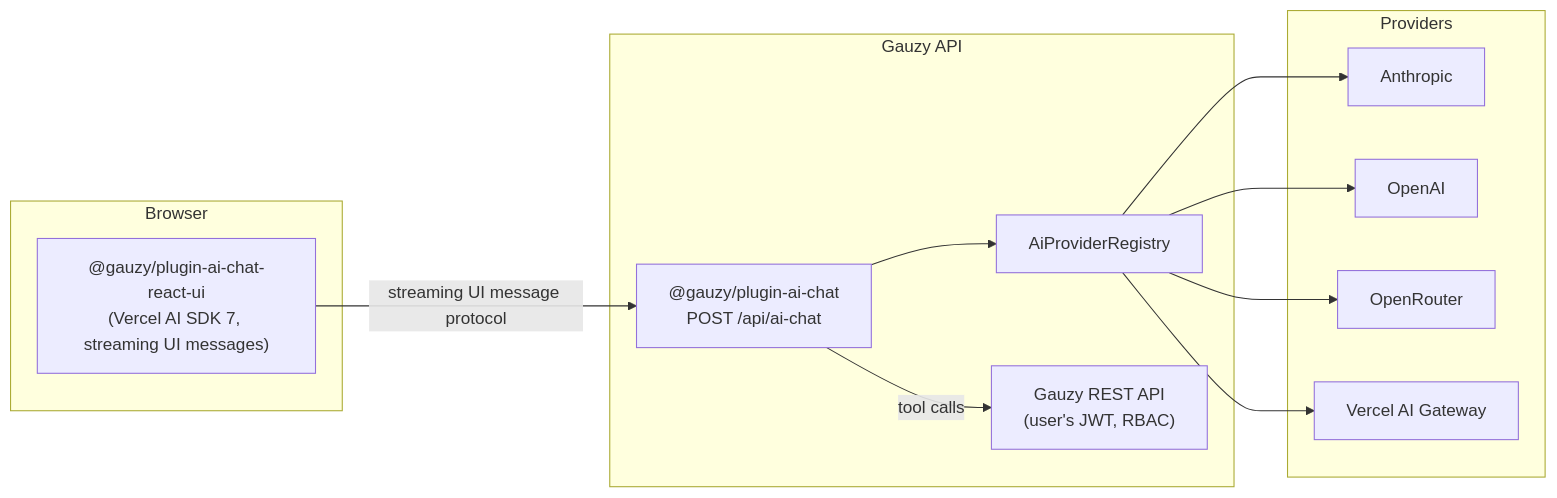
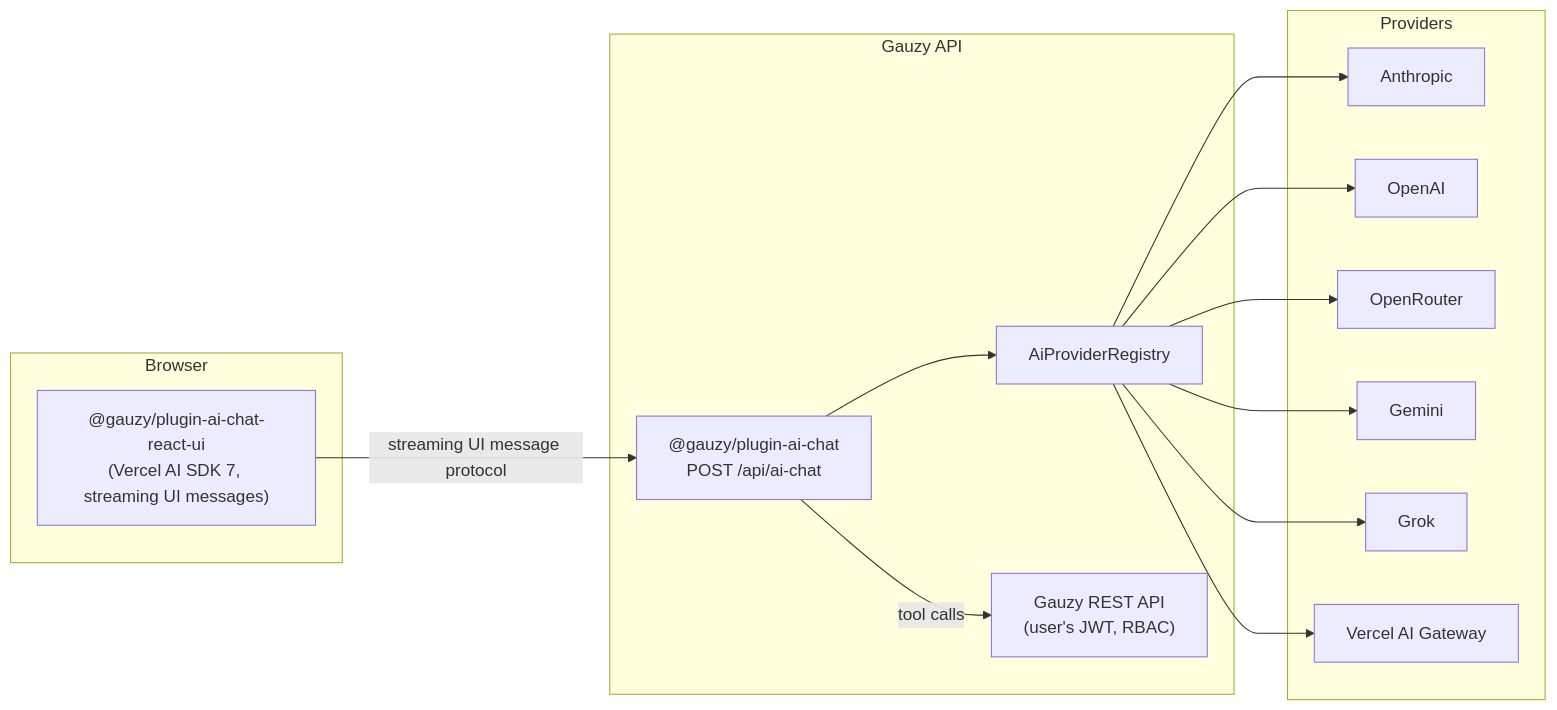
The diagram in website/docs/plugins-built-in/ai-chat-plugin.md (ever-co/ever-gauzy-docs), drawn with Mermaid before and after one commit. The commit also changed other lines of this file and 3 other files, not shown here.

````diff
--- a/website/docs/plugins-built-in/ai-chat-plugin.md
+++ b/website/docs/plugins-built-in/ai-chat-plugin.md
@@ -84,22 +110,24 @@
 ```mermaid
 graph LR
     subgraph Browser
         UI["@gauzy/plugin-ai-chat-react-ui<br/>(Vercel AI SDK 7, streaming UI messages)"]
     end
     subgraph API["Gauzy API"]
         CHAT["@gauzy/plugin-ai-chat<br/>POST /api/ai-chat"]
         REG["AiProviderRegistry"]
         REST["Gauzy REST API<br/>(user's JWT, RBAC)"]
     end
     subgraph Providers
         ANT["Anthropic"]
         OAI["OpenAI"]
         ORT["OpenRouter"]
+        GEM["Gemini"]
+        GRK["Grok"]
         VAG["Vercel AI Gateway"]
     end
 
     UI -- "streaming UI message protocol" --> CHAT
     CHAT --> REG
-    REG --> ANT & OAI & ORT & VAG
+    REG --> ANT & OAI & ORT & GEM & GRK & VAG
     CHAT -- "tool calls" --> REST
 ```
````
